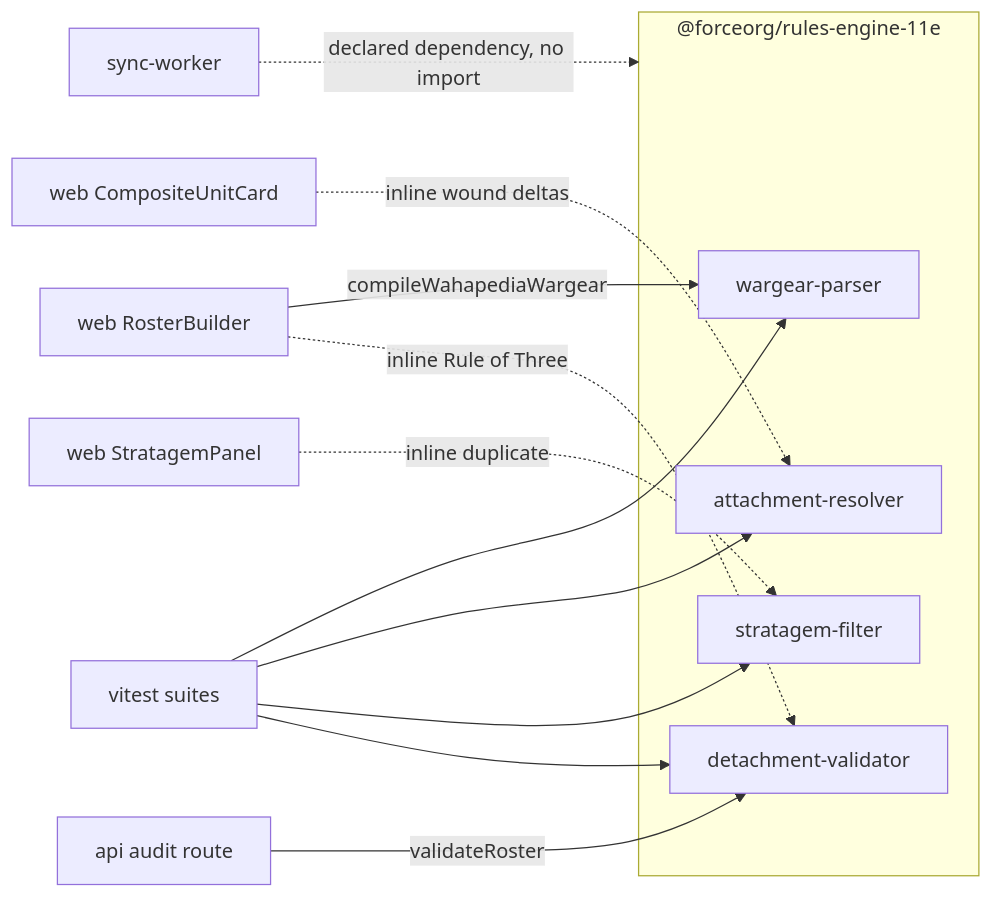
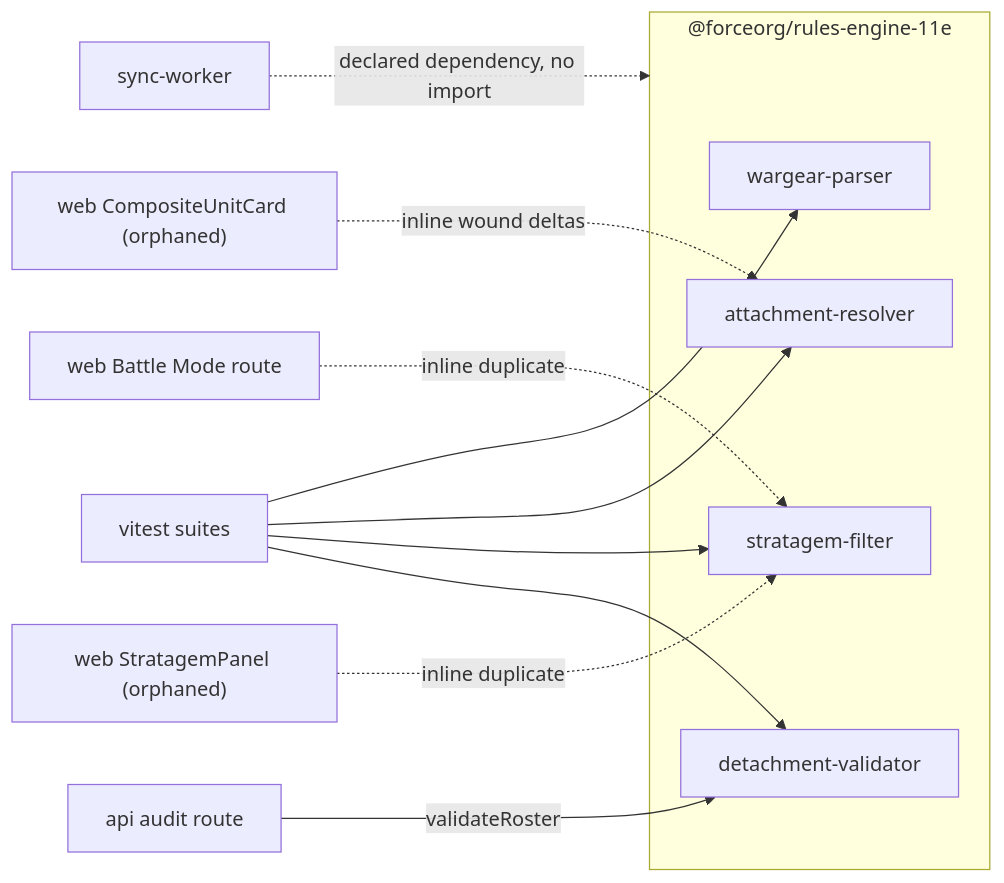
Before and after one commit to fatpat81/BeerHammer: the diagram in openwiki/rules-engine/rules-engine-overview.md, drawn with Mermaid. The commit also changed other lines of this file and 25 other files, not shown here.

````diff
--- a/openwiki/rules-engine/rules-engine-overview.md
+++ b/openwiki/rules-engine/rules-engine-overview.md
@@ -116,19 +59,18 @@
 ```mermaid
 flowchart LR
   subgraph ENG["@forceorg/rules-engine-11e"]
     WP["wargear-parser"]
     AR["attachment-resolver"]
     SF["stratagem-filter"]
     DV["detachment-validator"]
   end
   AUD["api audit route"] -->|"validateRoster"| DV
-  RB["web RosterBuilder"] -->|"compileWahapediaWargear"| WP
-  SP["web StratagemPanel"] -.->|"inline duplicate"| SF
-  CUC["web CompositeUnitCard"] -.->|"inline wound deltas"| AR
-  RB -.->|"inline Rule of Three"| DV
+  BM["web Battle Mode route"] -.->|"inline duplicate"| SF
+  SP["web StratagemPanel (orphaned)"] -.->|"inline duplicate"| SF
+  CUC["web CompositeUnitCard (orphaned)"] -.->|"inline wound deltas"| AR
   T["vitest suites"] --> WP
   T --> AR
   T --> SF
   T --> DV
   SW["sync-worker"] -.->|"declared dependency, no import"| ENG
 ```
````
